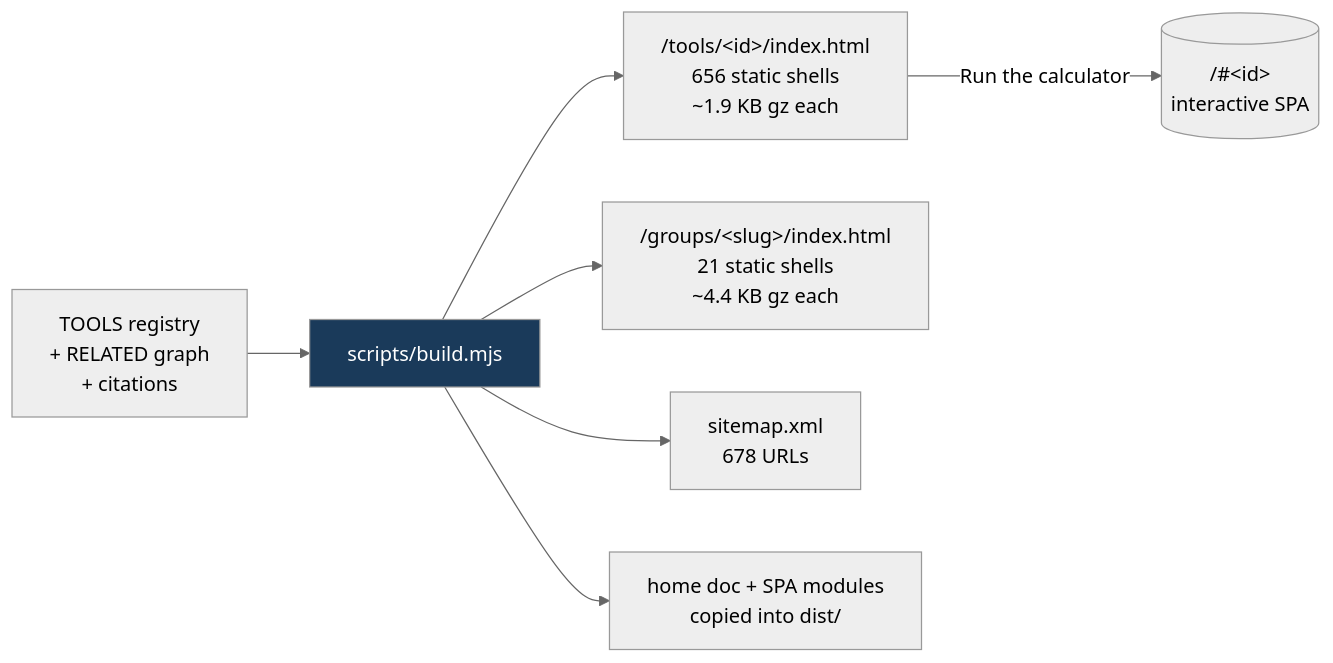
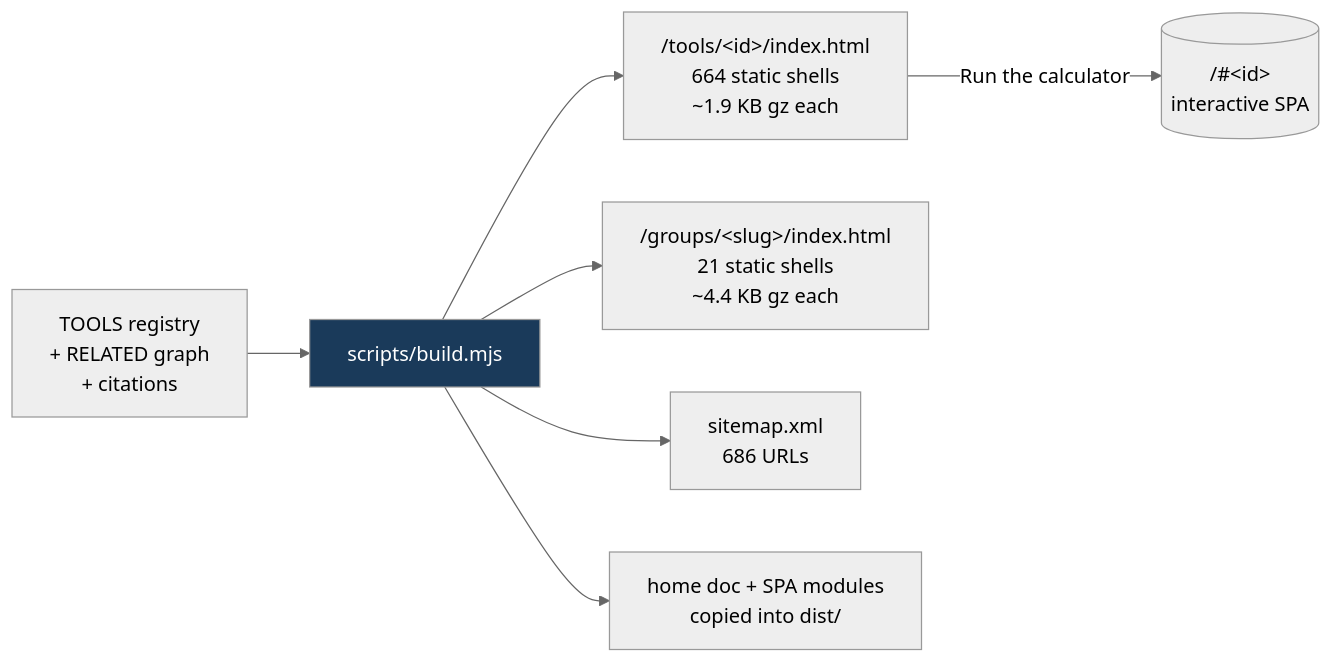
Before and after one commit to clay-good/roughlogic.com: the fifth of 8 diagrams in README.md, drawn with Mermaid (neutral theme). The commit also changed other lines of this file and 22 other files, not shown here.

````diff
--- a/README.md
+++ b/README.md
@@ -450,10 +450,10 @@
 ```mermaid
 flowchart LR
     SRC[TOOLS registry\n+ RELATED graph\n+ citations] --> BUILD[scripts/build.mjs]
-    BUILD --> TILE["/tools/&lt;id&gt;/index.html\n656 static shells\n~1.9 KB gz each"]
+    BUILD --> TILE["/tools/&lt;id&gt;/index.html\n664 static shells\n~1.9 KB gz each"]
     BUILD --> GROUP["/groups/&lt;slug&gt;/index.html\n21 static shells\n~4.4 KB gz each"]
-    BUILD --> MAP["sitemap.xml\n678 URLs"]
+    BUILD --> MAP["sitemap.xml\n686 URLs"]
     BUILD --> COPY[home doc + SPA modules\ncopied into dist/]
     TILE -->|Run the calculator| SPA[("/#&lt;id&gt;\ninteractive SPA")]
     style BUILD fill:#1a3a5a,color:#fff
 ```
````
